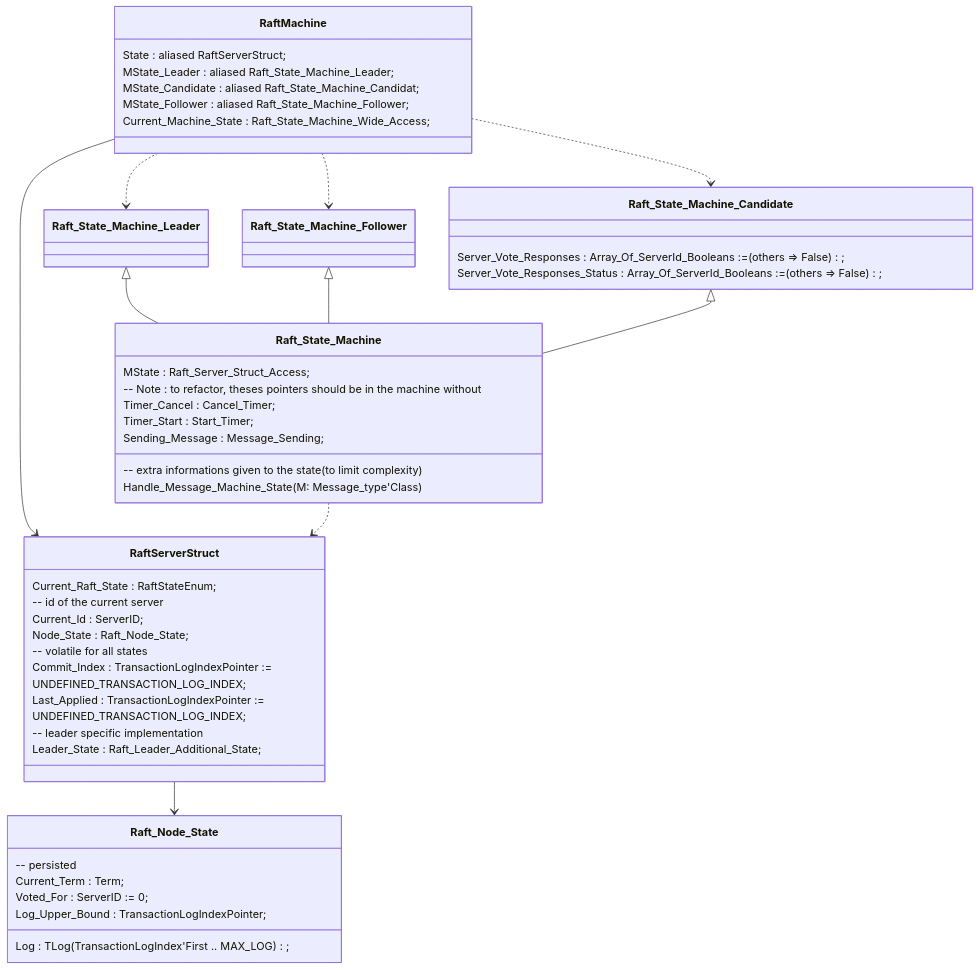
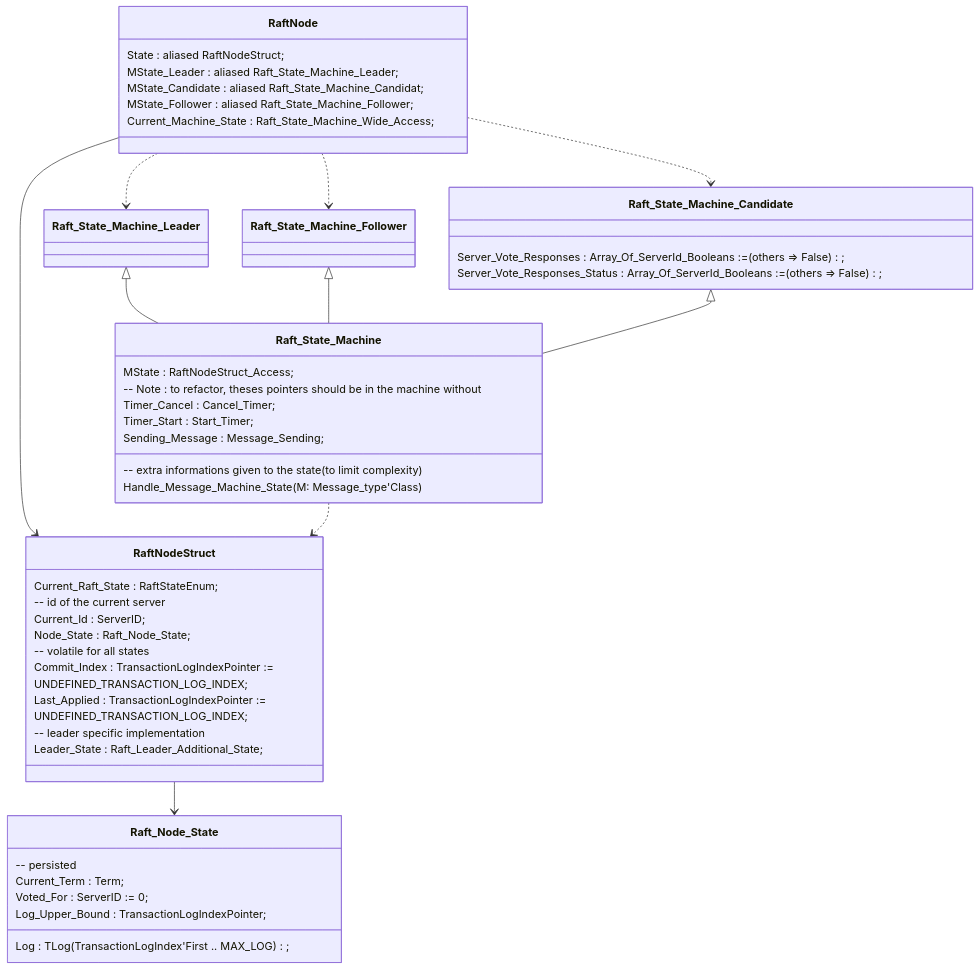
One commit to frett27/Ada-Raft changed the diagram in doc/conception.md. Above: the diagram before and after it, drawn with Mermaid. The commit also changed other lines of this file and 7 other files, not shown here.

````diff
--- a/doc/conception.md
+++ b/doc/conception.md
@@ -31,70 +33,70 @@
 ```mermaid
 classDiagram
 
-	class RaftMachine {
+	class RaftNode {
 	
-        State : aliased RaftServerStruct;
+        State : aliased RaftNodeStruct;
 
         MState_Leader    : aliased Raft_State_Machine_Leader;
         MState_Candidate : aliased Raft_State_Machine_Candidat;
         MState_Follower  : aliased Raft_State_Machine_Follower;
 
         Current_Machine_State : Raft_State_Machine_Wide_Access;
     }
     
-    RaftMachine ..> Raft_State_Machine_Leader
-    RaftMachine ..> Raft_State_Machine_Follower
-    RaftMachine ..> Raft_State_Machine_Candidate
+    RaftNode ..> Raft_State_Machine_Leader
+    RaftNode ..> Raft_State_Machine_Follower
+    RaftNode ..> Raft_State_Machine_Candidate
     
-    class RaftServerStruct {
+    class RaftNodeStruct {
         Current_Raft_State : RaftStateEnum;
 
         -- id of the current server
         Current_Id : ServerID;
 
         Node_State : Raft_Node_State;
 
         -- volatile for all states
         Commit_Index : TransactionLogIndexPointer :=
          UNDEFINED_TRANSACTION_LOG_INDEX;
         Last_Applied : TransactionLogIndexPointer :=
          UNDEFINED_TRANSACTION_LOG_INDEX;
 
         -- leader specific implementation
         Leader_State : Raft_Leader_Additional_State;
     }
     
-    RaftMachine --> RaftServerStruct
-    RaftServerStruct --> Raft_Node_State
+    RaftNode --> RaftNodeStruct
+    RaftNodeStruct --> Raft_Node_State
     class Raft_Node_State {
         -- persisted
         Current_Term    : Term;
         Voted_For       : ServerID := 0;
         Log             : TLog (TransactionLogIndex'First .. MAX_LOG);
         Log_Upper_Bound : TransactionLogIndexPointer;
     }
     
     class Raft_State_Machine {
-    	 MState : Raft_Server_Struct_Access;
+    	 MState : RaftNodeStruct_Access;
 
         -- Note : to refactor, theses pointers should be in the machine without
         -- extra informations given to the state (to limit complexity)
         Timer_Cancel    : Cancel_Timer;
         Timer_Start     : Start_Timer;
         Sending_Message : Message_Sending;
         
         Handle_Message_Machine_State(M: Message_type'Class)
 
     }
     
-    Raft_State_Machine ..> RaftServerStruct
+    Raft_State_Machine ..> RaftNodeStruct
     
     Raft_State_Machine_Leader <|-- Raft_State_Machine
     Raft_State_Machine_Follower <|-- Raft_State_Machine
     Raft_State_Machine_Candidate <|-- Raft_State_Machine
     
     class Raft_State_Machine_Candidate {
         Server_Vote_Responses : Array_Of_ServerId_Booleans := (others => False);
         Server_Vote_Responses_Status : Array_Of_ServerId_Booleans := (others => False);
     }
 ```
````
